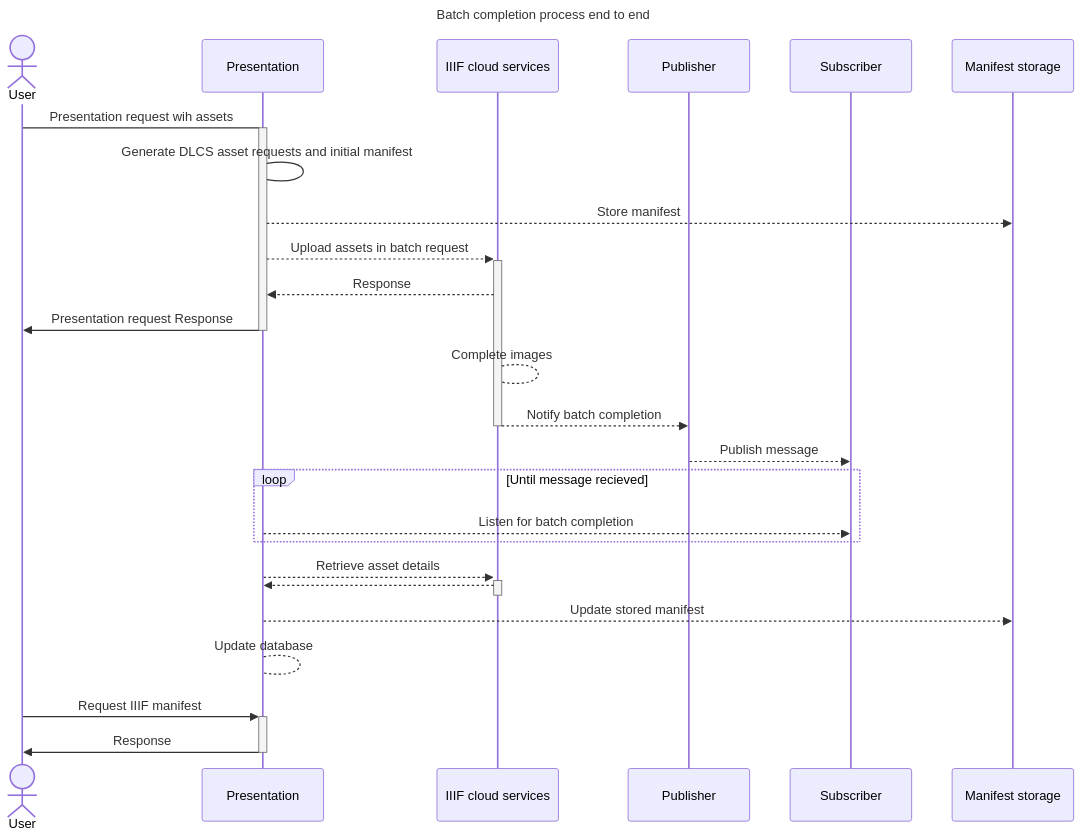
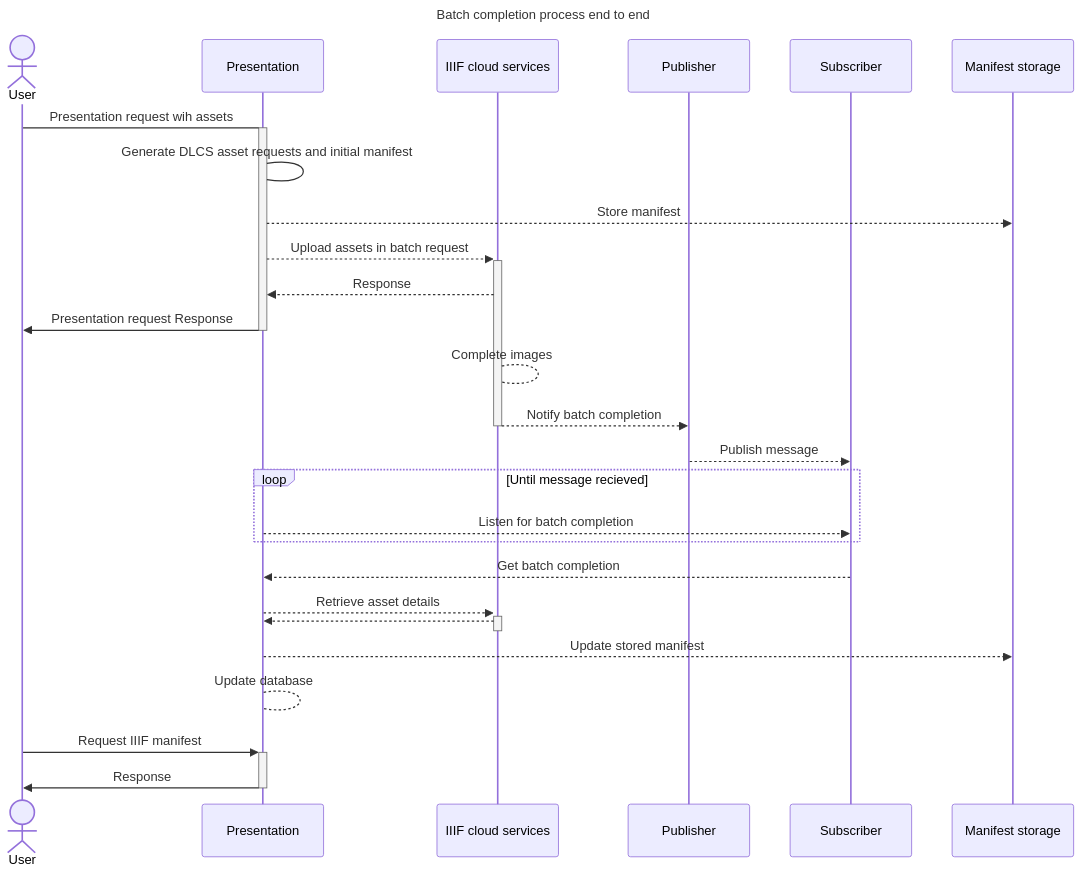
Before and after one commit to dlcs/iiif-presentation: the first of 2 diagrams in docs/rfcs/0002-batch-completion.md, drawn with Mermaid. The commit also changed other lines of this file, not shown here.

````diff
--- a/docs/rfcs/0002-batch-completion.md
+++ b/docs/rfcs/0002-batch-completion.md
@@ -17,30 +17,31 @@
 ```mermaid
 ---
 title: Batch completion process end to end
 ---
 sequenceDiagram
     actor User
     participant P as Presentation
     participant D as IIIF cloud services
     participant PU as Publisher
     participant SU as Subscriber
     participant S as Manifest storage
     User ->+ P: Presentation request wih assets
     P -> P: Generate DLCS asset requests and initial manifest
     P -->> S: Store manifest
     P -->>+ D: Upload assets in batch request
     D -->> P: Response
     P ->>- User: Presentation request Response
     D --> D: Complete images
     D -->>- PU: Notify batch completion
     PU -->> SU: Publish message
     loop Until message recieved
     P -->> SU: Listen for batch completion
     end
+    SU -->> P: Get batch completion
     P -->>+ D: Retrieve asset details
     D -->>- P: 
     P -->> S: Update stored manifest
     P --> P: Update database
     User ->>+ P: Request IIIF manifest
     P ->>- User: Response
 ```
````
